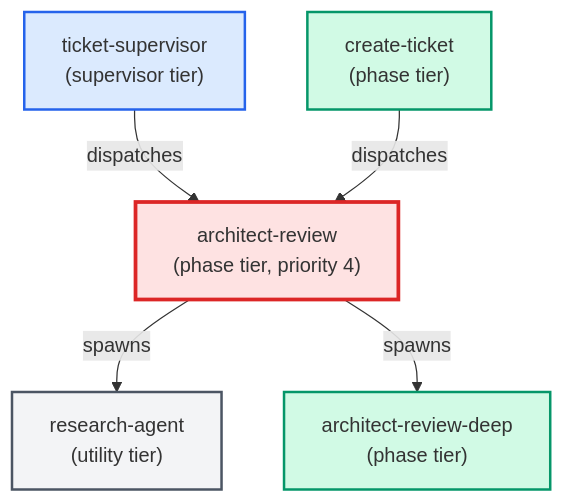
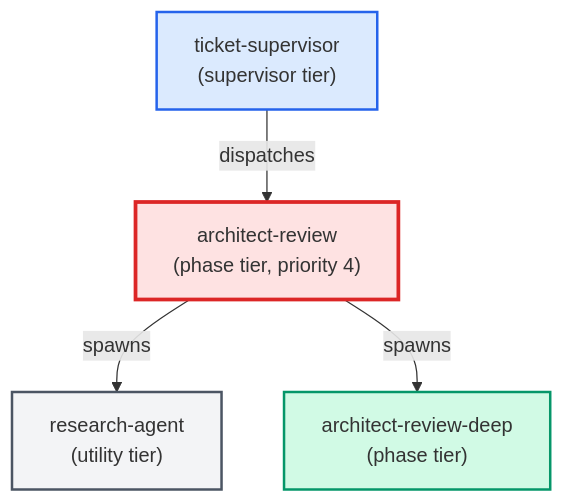
Before and after one commit to urlmonitor/leafcutter-ai: the diagram in docs/agents/cards/architect-review.card.md, drawn with Mermaid. The commit also changed other lines of this file and 52 other files, not shown here.

````diff
--- a/docs/agents/cards/architect-review.card.md
+++ b/docs/agents/cards/architect-review.card.md
@@ -43,18 +47,16 @@
 ```mermaid
 flowchart TD
     classDef supervisor fill:#dbeafe,stroke:#2563eb,stroke-width:2px
     classDef phase fill:#d1fae5,stroke:#059669,stroke-width:2px
     classDef utility fill:#f3f4f6,stroke:#4b5563,stroke-width:2px
     classDef target fill:#fee2e2,stroke:#dc2626,stroke-width:3px
 
     ticket_supervisor["ticket-supervisor\n(supervisor tier)"]:::supervisor
-    create_ticket["create-ticket\n(phase tier)"]:::phase
     architect_review["architect-review\n(phase tier, priority 4)"]:::target
     research_agent["research-agent\n(utility tier)"]:::utility
     architect_review_deep["architect-review-deep\n(phase tier)"]:::phase
 
     ticket_supervisor -->|dispatches| architect_review
-    create_ticket -->|dispatches| architect_review
     architect_review -->|spawns| research_agent
     architect_review -->|spawns| architect_review_deep
 ```
````
